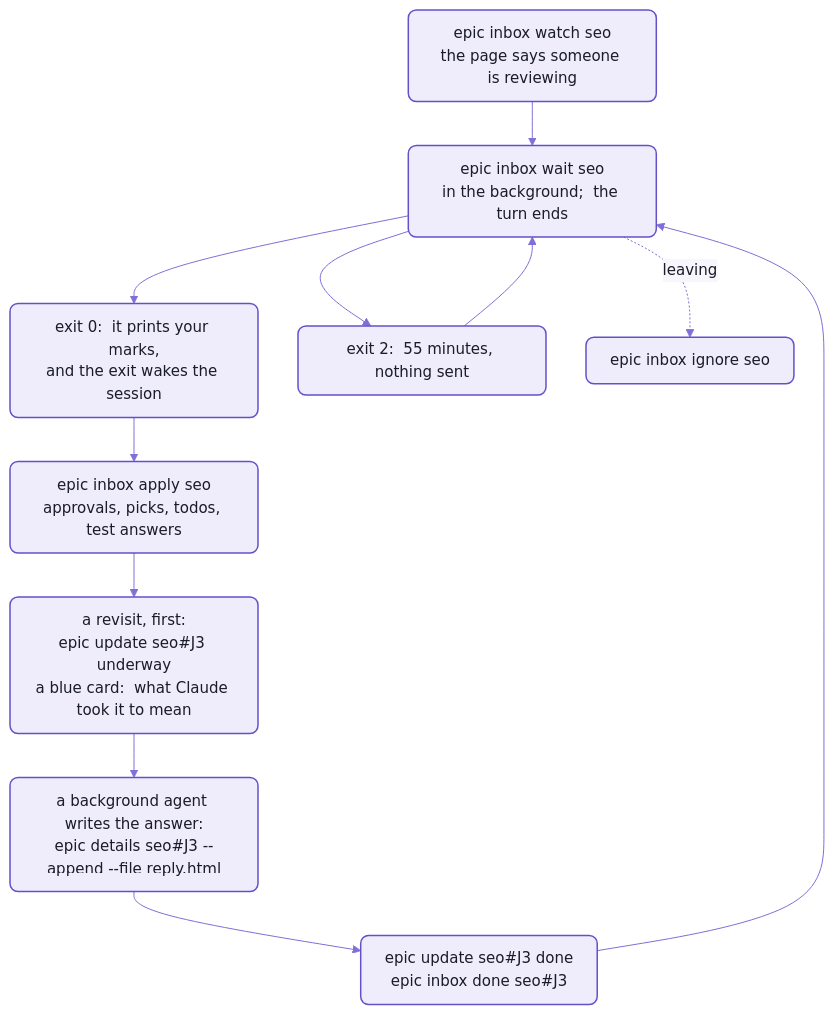
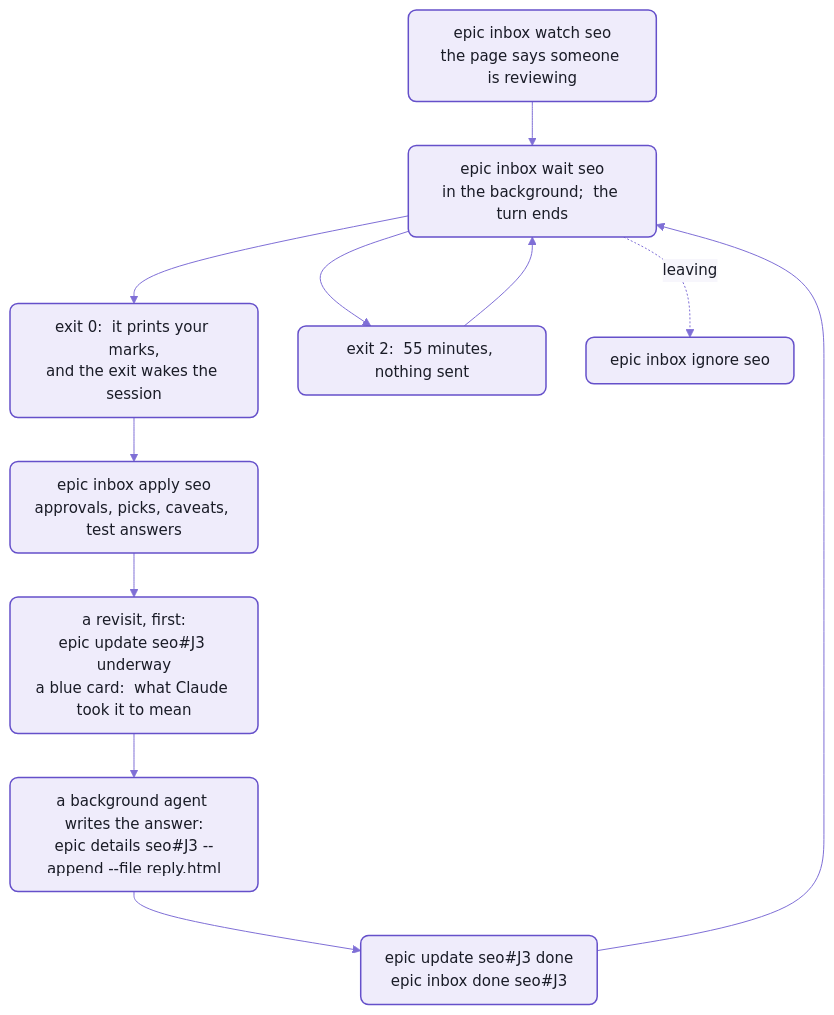
Before and after one commit to spell-app/spell: the first of 2 diagrams in epic/README-cli.md, drawn with Mermaid. The commit also changed other lines of this file and 77 other files, not shown here.

````diff
--- a/epic/README-cli.md
+++ b/epic/README-cli.md
@@ -176,19 +176,19 @@
 ```mermaid
 %%{init: {"theme":"base","themeVariables":{"fontFamily":"-apple-system, BlinkMacSystemFont, Segoe UI, Helvetica, Arial, sans-serif","fontSize":"15px","primaryColor":"#EFECFB","primaryBorderColor":"#6550CA","primaryTextColor":"#1A1C27","secondaryColor":"#F4F1E9","tertiaryColor":"#F7F6FC","lineColor":"#7F6FD6","textColor":"#7F6FD6","clusterBkg":"#F7F6FC","clusterBorder":"#B9B0E8","titleColor":"#1A1C27","edgeLabelBackground":"#F7F6FC","actorBkg":"#EFECFB","actorBorder":"#6550CA","actorTextColor":"#1A1C27","actorLineColor":"#9C90DE","signalColor":"#7F6FD6","signalTextColor":"#7F6FD6","labelBoxBkgColor":"#EFECFB","labelBoxBorderColor":"#6550CA","labelTextColor":"#1A1C27","loopTextColor":"#7F6FD6","noteBkgColor":"#F1E7D4","noteBorderColor":"#C9B48A","noteTextColor":"#1A1C27","activationBkgColor":"#DCD6F7","activationBorderColor":"#6550CA","sequenceNumberColor":"#FFFFFF"},"flowchart":{"curve":"basis","padding":12,"nodeSpacing":40,"rankSpacing":44}}}%%
 flowchart TD
   watch["epic inbox watch seo<br/>the page says someone is reviewing"]
   wait["epic inbox wait seo<br/>in the background;  the turn ends"]
   work["exit 0:  it prints your marks,<br/>and the exit wakes the session"]
-  apply["epic inbox apply seo<br/>approvals, picks, todos, test answers"]
+  apply["epic inbox apply seo<br/>approvals, picks, caveats, test answers"]
   underway["a revisit, first:<br/>epic update seo#J3 underway<br/>a blue card:  what Claude took it to mean"]
   agent["a background agent writes the answer:<br/>epic details seo#J3 --append --file reply.html"]
   done["epic update seo#J3 done<br/>epic inbox done seo#J3"]
   timeout["exit 2:  55 minutes, nothing sent"]
   leave["epic inbox ignore seo"]
   watch --> wait
   wait --> work --> apply --> underway --> agent --> done --> wait
   wait --> timeout --> wait
   wait -. "leaving" .-> leave
   %% the Spell look:  yarn mermaid:pretty
   classDef default fill:#EFECFB,stroke:#6550CA,stroke-width:1.5px,color:#1A1C27,rx:8px,ry:8px
 ```
````
